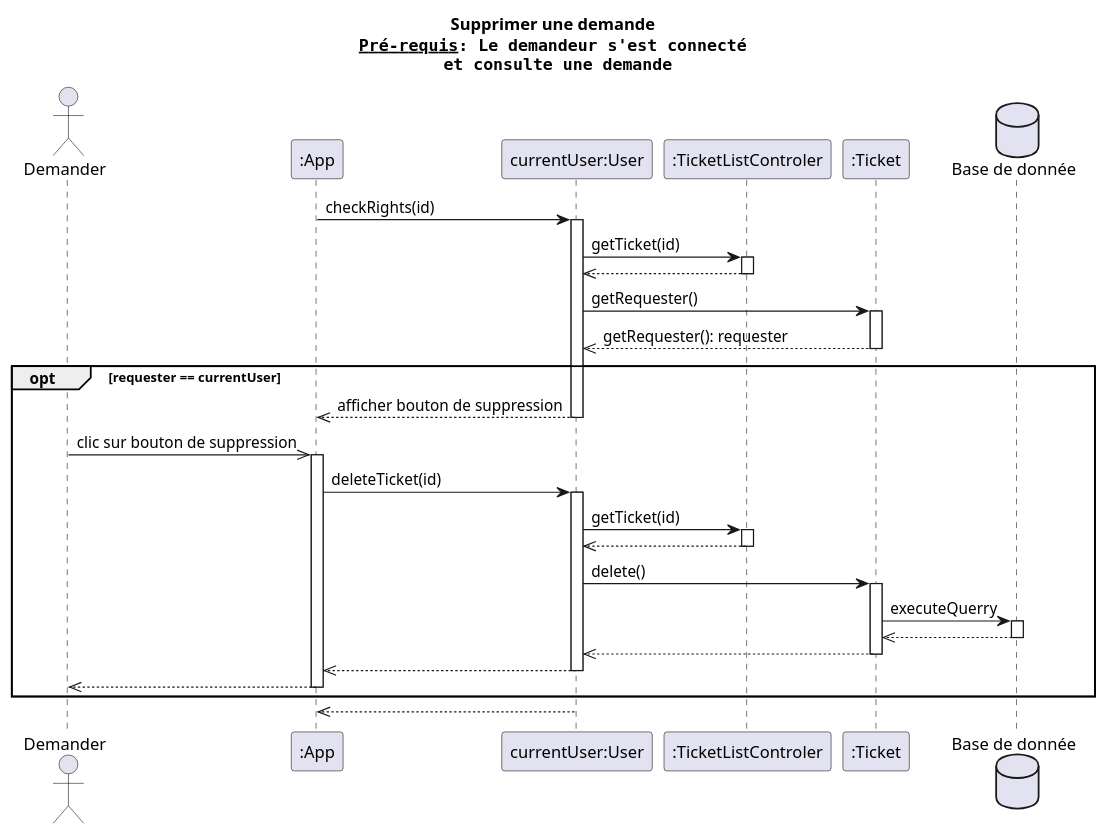
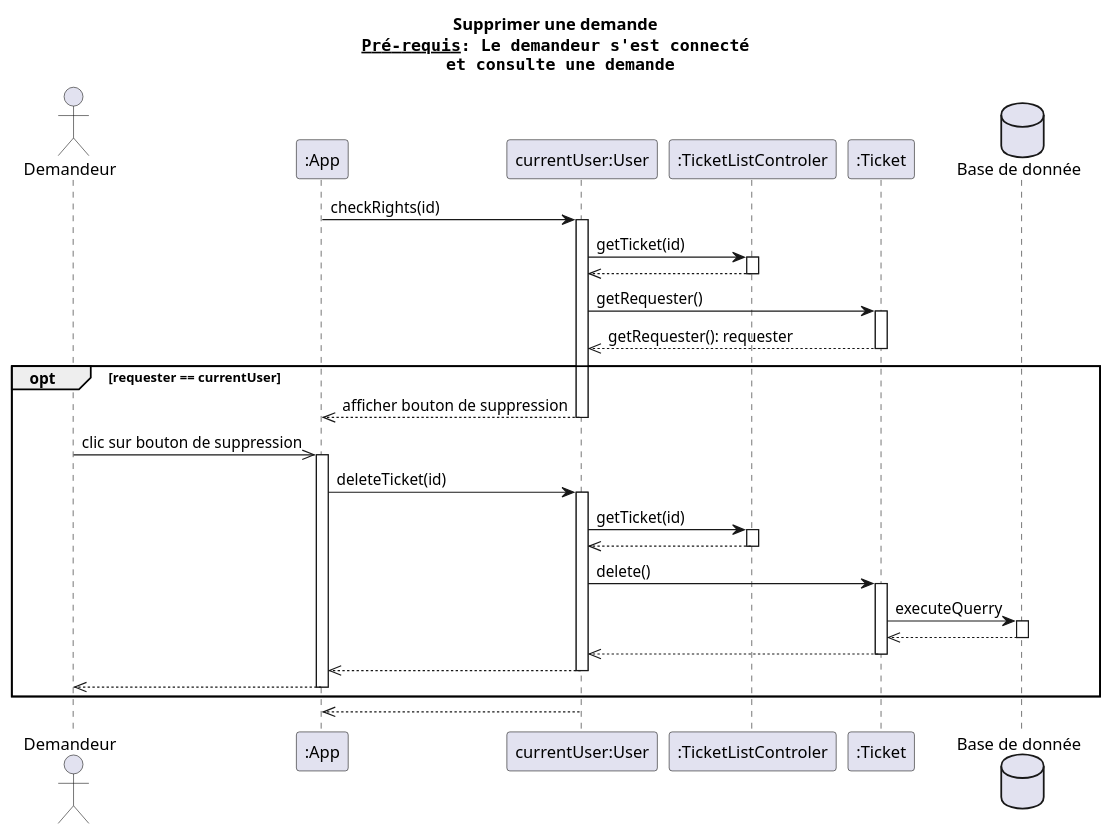
The diagram in docs/UML/diagrammes séquence/supprimer demande.puml (dorianleveque/CoHub), drawn with PlantUML before and after one commit. The commit also changed 6 other files, not shown here.

```diff
--- a/docs/UML/diagrammes séquence/supprimer demande.puml
+++ b/docs/UML/diagrammes séquence/supprimer demande.puml
@@ -1,52 +1,52 @@
 @startuml supprimer un ticket
 title Supprimer une demande\n""__Pré-requis__: Le demandeur s'est connecté""\n"" et consulte une demande""
-actor client as "Demander" order 1
+actor client as "Demandeur" order 1
 participant app as ":App"   order 2
 participant user as "currentUser:User" order 3
 participant tlc as ":TicketListControler" order 4
 participant ticket as ":Ticket" order 5
 database bdd as "Base de donnée" order 6
 
 app -> user: checkRights(id)
 activate user
 user -> tlc: getTicket(id)
 activate tlc
 user <<-- tlc
 deactivate tlc
 
 user -> ticket: getRequester()
 activate ticket
 user <<-- ticket : getRequester(): requester
 deactivate ticket
 
 opt requester == currentUser
     app <<-- user: afficher bouton de suppression
     deactivate user
 
     client ->> app: clic sur bouton de suppression
     activate app
     app -> user: deleteTicket(id)
     activate user
     user -> tlc: getTicket(id)
     activate tlc
     user <<-- tlc
     deactivate tlc
 
     user -> ticket: delete()
     activate ticket
     ticket -> bdd: executeQuerry
     activate bdd
     ticket <<-- bdd
     deactivate bdd
     user <<-- ticket
     deactivate ticket
 
     app <<-- user
     deactivate user
 
     client <<-- app
     deactivate app
 end
 app <<-- user
 deactivate user
 @enduml
```
